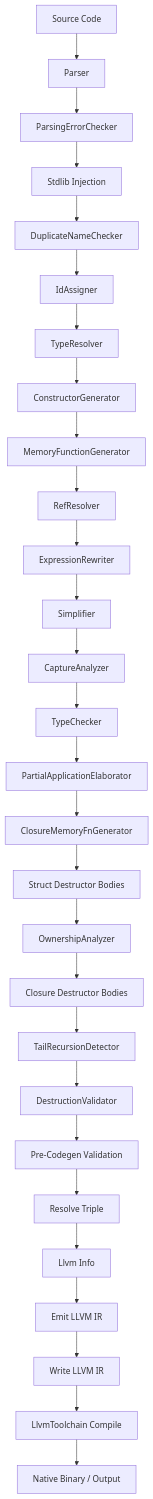
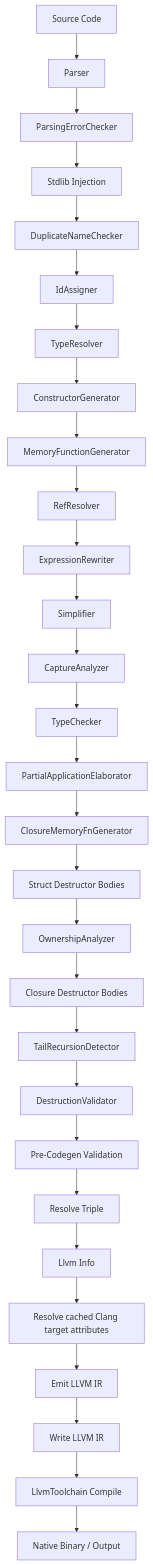
One commit to fedesilva/minnieml changed the diagram in docs/design/compiler-design.md. Above: the diagram before and after it, drawn with Mermaid. The commit also changed other lines of this file and 14 other files, not shown here.

Commit message:
Match LLVM target attributes to Clang and cache probes

````diff
--- a/docs/design/compiler-design.md
+++ b/docs/design/compiler-design.md
@@ -1179,30 +1179,31 @@
 ```mermaid
 flowchart TD
     Source[Source Code] --> Parse[Parser]
     Parse --> PEC[ParsingErrorChecker]
     PEC --> Inject[Stdlib Injection]
     Inject --> DNC[DuplicateNameChecker]
     DNC --> IDA[IdAssigner]
     IDA --> TR[TypeResolver]
     TR --> CG[ConstructorGenerator]
     CG --> MFG[MemoryFunctionGenerator]
     MFG --> RR[RefResolver]
     RR --> ER[ExpressionRewriter]
     ER --> S[Simplifier]
     S --> CA[CaptureAnalyzer]
     CA --> TC[TypeChecker]
     TC --> PAP[PartialApplicationElaborator]
     PAP --> CMG[ClosureMemoryFnGenerator]
     CMG --> SD[Struct Destructor Bodies]
     SD --> OA[OwnershipAnalyzer]
     OA --> DB[Closure Destructor Bodies]
     DB --> TRD[TailRecursionDetector]
     TRD --> DV[DestructionValidator]
     DV --> VAL[Pre-Codegen Validation]
     VAL --> RT[Resolve Triple]
     RT --> LI[Llvm Info]
-    LI --> EM[Emit LLVM IR]
+    LI --> TA[Resolve cached Clang target attributes]
+    TA --> EM[Emit LLVM IR]
     EM --> WI[Write LLVM IR]
     WI --> TOOL[LlvmToolchain Compile]
     TOOL --> Binary[Native Binary / Output]
 ```
````
